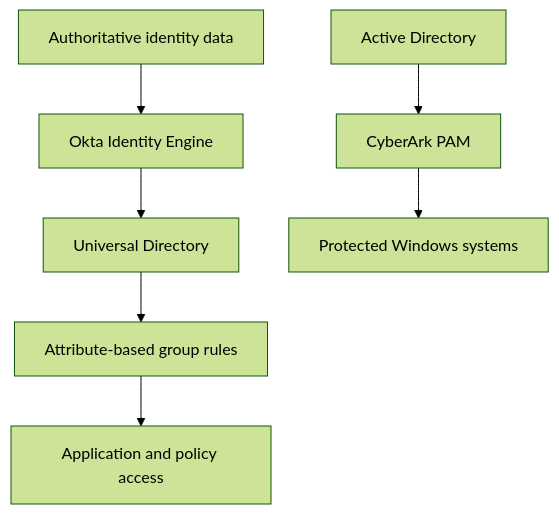
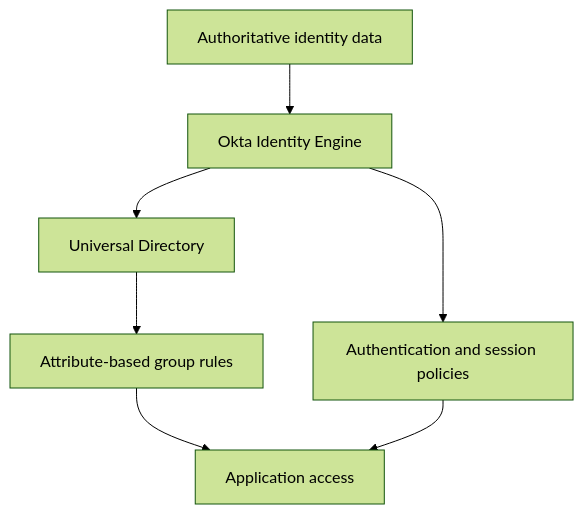
Before and after one commit to Rayan-Muktar/techmigos-enterprise-iam-lab: the diagram in README.md, drawn with Mermaid (forest theme). The commit also changed other lines of this file, not shown here.

````diff
--- a/README.md
+++ b/README.md
@@ -21,9 +20,9 @@
 ```mermaid
 flowchart TD
-    HR[Authoritative identity data] --> OKTA[Okta Identity Engine]
+    SOURCE[Authoritative identity data] --> OKTA[Okta Identity Engine]
     OKTA --> UD[Universal Directory]
     UD --> RULES[Attribute-based group rules]
-    RULES --> ACCESS[Application and policy access]
-    AD[Active Directory] --> PAM[CyberArk PAM]
-    PAM --> TARGETS[Protected Windows systems]
+    RULES --> ACCESS[Application access]
+    OKTA --> POLICIES[Authentication and session policies]
+    POLICIES --> ACCESS
 ```
````
